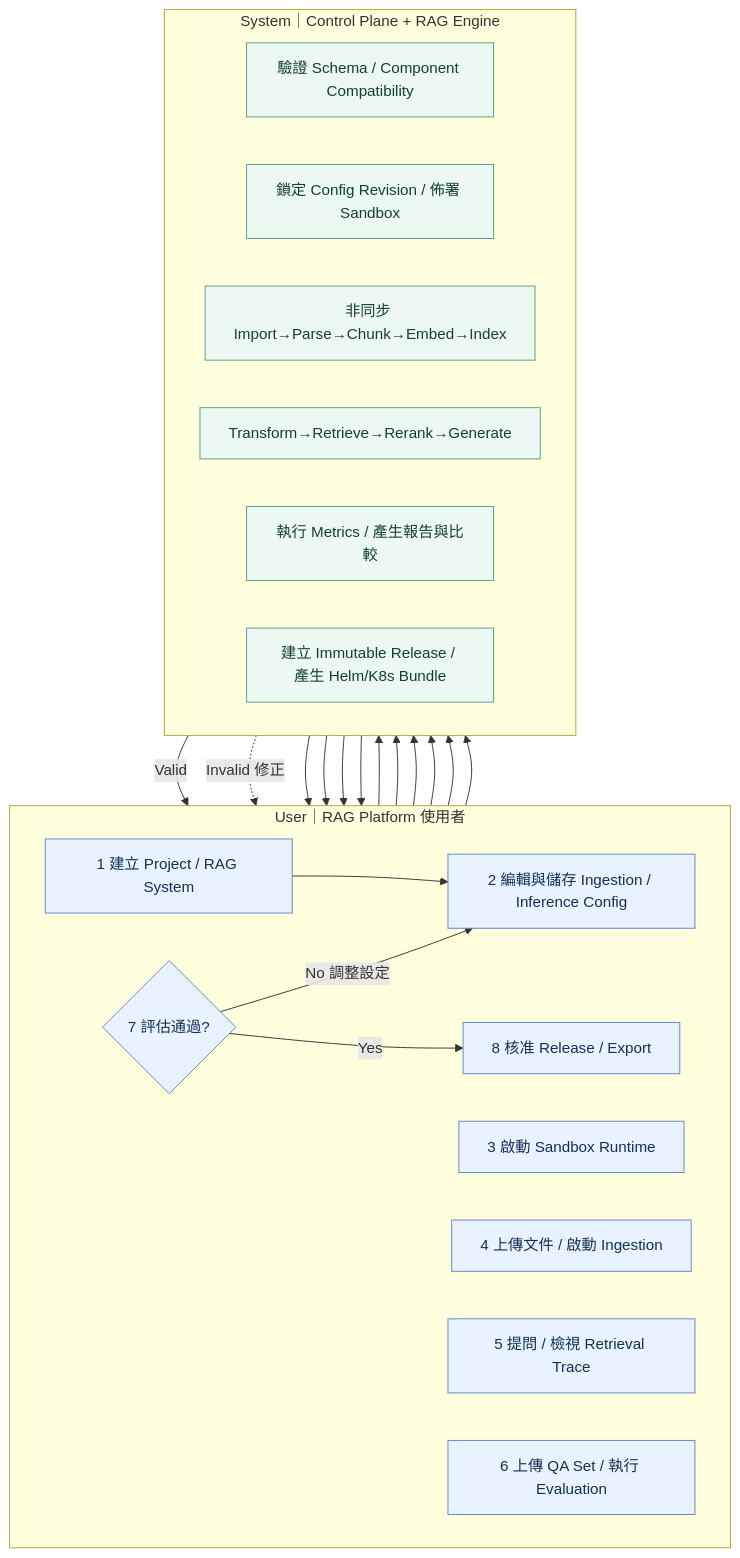
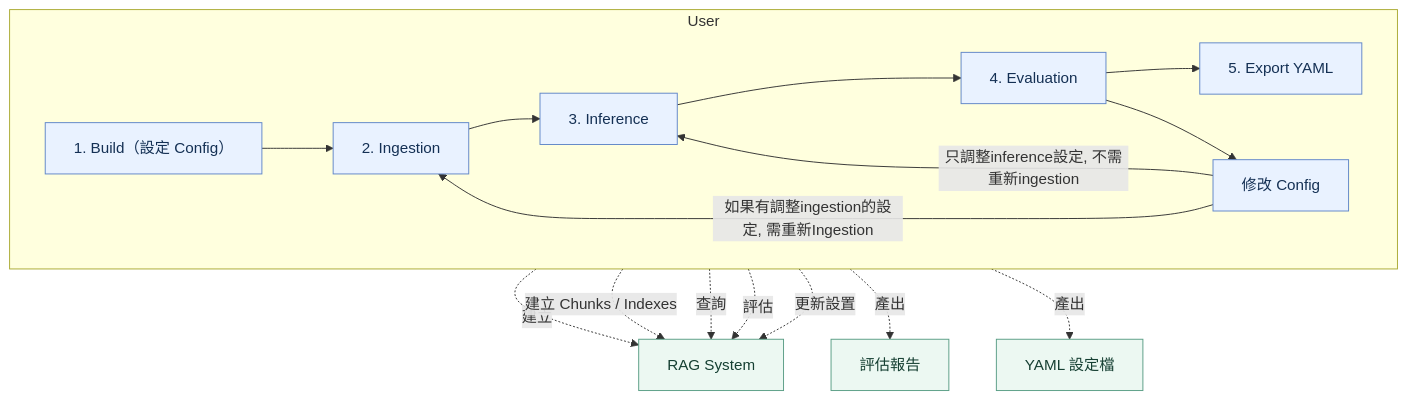
Before and after one commit to SunnyWenwen/rag_platform: the diagram in diagrams/01_user_system_l1.mmd, drawn with Mermaid. The commit also changed 1 other file, not shown here.

Commit message:
docs: simplify user flow and add config revision paths

```diff
--- a/diagrams/01_user_system_l1.mmd
+++ b/diagrams/01_user_system_l1.mmd
@@ -1,31 +1,29 @@
 flowchart TB
-  subgraph USER[User｜RAG Platform 使用者]
-    direction LR
-    U1[1 建立 Project / RAG System]
-    U2[2 編輯與儲存 Ingestion / Inference Config]
-    U3[3 啟動 Sandbox Runtime]
-    U4[4 上傳文件 / 啟動 Ingestion]
-    U5[5 提問 / 檢視 Retrieval Trace]
-    U6[6 上傳 QA Set / 執行 Evaluation]
-    U7{7 評估通過?}
-    U8[8 核准 Release / Export]
-  end
-  subgraph SYS[System｜Control Plane + RAG Engine]
-    direction LR
-    S1[驗證 Schema / Component Compatibility]
-    S2[鎖定 Config Revision / 佈署 Sandbox]
-    S3[非同步 Import→Parse→Chunk→Embed→Index]
-    S4[Transform→Retrieve→Rerank→Generate]
-    S5[執行 Metrics / 產生報告與比較]
-    S6[建立 Immutable Release / 產生 Helm/K8s Bundle]
-  end
-  U1 --> U2 --> S1
-  S1 -->|Valid| U3
-  S1 -.->|Invalid 修正| U2
-  U3 --> S2 --> U4 --> S3 --> U5 --> S4 --> U6 --> S5 --> U7
-  U7 -->|No 調整設定| U2
-  U7 -->|Yes| U8 --> S6
-  classDef user fill:#e9f2ff,stroke:#6086c8,color:#143054
-  classDef system fill:#ecf8f2,stroke:#599d85,color:#153f32
-  class U1,U2,U3,U4,U5,U6,U7,U8 user
-  class S1,S2,S3,S4,S5,S6 system
+    subgraph User["User"]
+        direction LR
+        B["1. Build（設定 Config）"] --> I["2. Ingestion"]
+        I --> Q["3. Inference"]
+        Q --> E["4. Evaluation"]
+        E --> X["5. Export YAML"]
+        E --> C["修改 Config"]
+        C -->|如果有調整ingestion的設定, 需重新Ingestion| I
+        C -->|只調整inference設定, 不需重新ingestion| Q
+    end
+
+    S["RAG System"]
+    R["評估報告"]
+    Y["YAML 設定檔"]
+
+    B -. 建立 .-> S
+    I -. "建立 Chunks / Indexes" .-> S
+    Q -. 查詢 .-> S
+    E -. 評估 .-> S
+    C -. 更新設置 .-> S
+
+    E -. 產出 .-> R
+    X -. 產出 .-> Y
+
+    classDef user fill:#e9f2ff,stroke:#6086c8,color:#143054
+    classDef system fill:#ecf8f2,stroke:#599d85,color:#153f32
+    class B,I,Q,E,X,C user
+    class S,R,Y system
```
